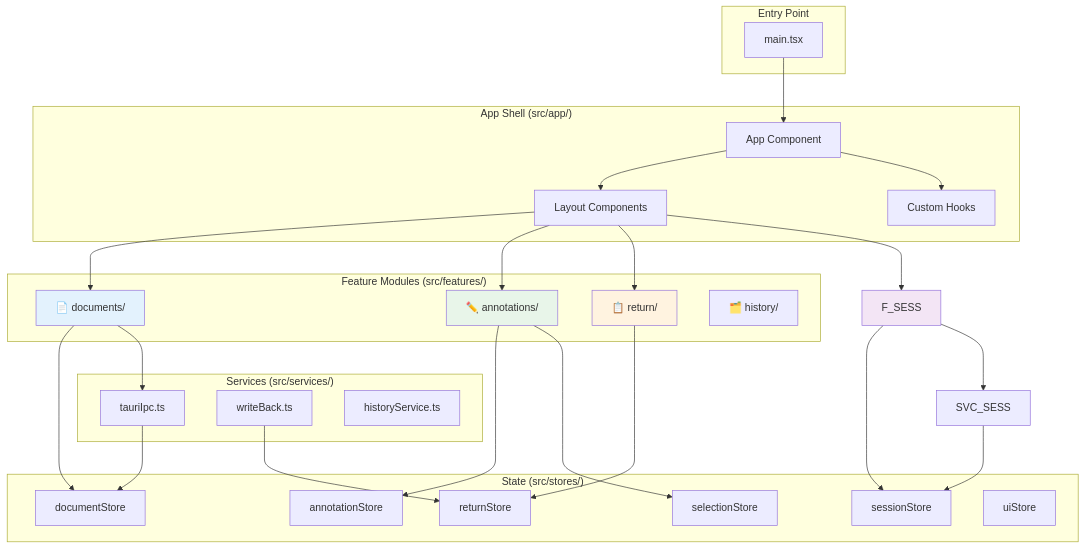
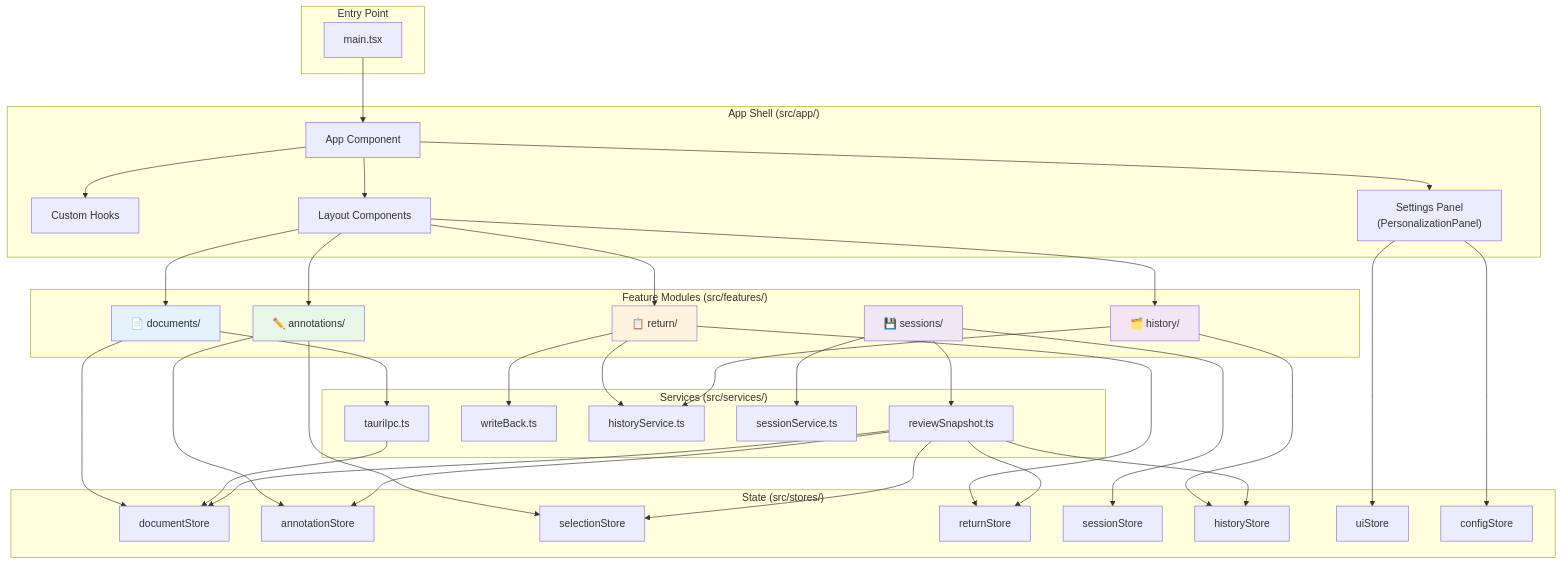
The seventh of 22 diagrams in docs/demo/demo.md (BobDLA/cliv), drawn with Mermaid before and after one commit. The commit also changed other lines of this file and 44 other files, not shown here.

````diff
--- a/docs/demo/demo.md
+++ b/docs/demo/demo.md
@@ -475,60 +501,78 @@
 ```mermaid
 graph TB
     subgraph "Entry Point"
         MAIN["main.tsx"]
     end
 
     subgraph "App Shell (src/app/)"
         APP_COMP["App Component"]
         HOOKS["Custom Hooks"]
         LAYOUT["Layout Components"]
+        PREFS["Settings Panel<br/>(PersonalizationPanel)"]
     end
 
     subgraph "Feature Modules (src/features/)"
         F_DOC["📄 documents/"]
         F_ANN["✏️ annotations/"]
         F_RET["📋 return/"]
         F_HIS["🗂️ history/"]
+        F_SESS["💾 sessions/"]
     end
 
     subgraph "Services (src/services/)"
         SVC_IPC["tauriIpc.ts"]
         SVC_WB["writeBack.ts"]
         SVC_HIS["historyService.ts"]
+        SVC_SESS["sessionService.ts"]
+        SVC_SNAP["reviewSnapshot.ts"]
     end
 
     subgraph "State (src/stores/)"
         S_DOC["documentStore"]
         S_ANN["annotationStore"]
         S_SEL["selectionStore"]
         S_RET["returnStore"]
         S_SESS["sessionStore"]
+        S_HIS["historyStore"]
         S_UI["uiStore"]
+        S_CFG["configStore"]
     end
 
     MAIN --> APP_COMP
     APP_COMP --> LAYOUT
     APP_COMP --> HOOKS
+    APP_COMP --> PREFS
 
     LAYOUT --> F_DOC
     LAYOUT --> F_ANN
     LAYOUT --> F_RET
-    LAYOUT --> F_SESS
+    LAYOUT --> F_HIS
 
     F_DOC --> S_DOC
     F_DOC --> SVC_IPC
     F_ANN --> S_ANN
     F_ANN --> S_SEL
     F_RET --> S_RET
+    F_RET --> SVC_WB
+    F_RET --> SVC_HIS
+    F_HIS --> S_HIS
+    F_HIS --> SVC_HIS
     F_SESS --> S_SESS
     F_SESS --> SVC_SESS
+    F_SESS --> SVC_SNAP
 
+    PREFS --> S_UI
+    PREFS --> S_CFG
     SVC_IPC --> S_DOC
-    SVC_WB --> S_RET
-    SVC_SESS --> S_SESS
+    SVC_SNAP --> S_DOC
+    SVC_SNAP --> S_ANN
+    SVC_SNAP --> S_SEL
+    SVC_SNAP --> S_RET
+    SVC_SNAP --> S_HIS
 
     style F_DOC fill:#e3f2fd
     style F_ANN fill:#e8f5e9
     style F_RET fill:#fff3e0
-    style F_SESS fill:#f3e5f5
+    style F_HIS fill:#f3e5f5
+    style F_SESS fill:#ede7f6
 ```
````
